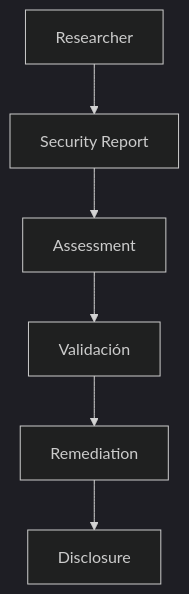
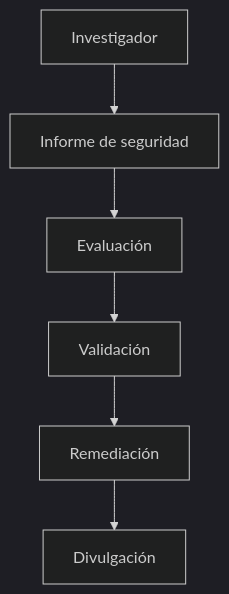
The diagram in es/legal/responsible-disclosure.mdx (enigm-llc/docs), drawn with Mermaid (dark theme) before and after one commit. The commit also changed other lines of this file and 43 other files, not shown here.

````diff
--- a/es/legal/responsible-disclosure.mdx
+++ b/es/legal/responsible-disclosure.mdx
@@ -38,11 +21,15 @@
 ```mermaid
 flowchart TD
-  Researcher["Researcher"]
-  Report["Security Report"]
-  Assessment["Assessment"]
+  Researcher["Investigador"]
+  Report["Informe de seguridad"]
+  Assessment["Evaluación"]
   Validation["Validación"]
-  Remediation["Remediation"]
-  Disclosure["Disclosure"]
+  Remediation["Remediación"]
+  Disclosure["Divulgación"]
 
-  Researcher --> Report --> Assessment --> Validation --> Remediation --> Disclosure
+  Researcher --> Report
+  Report --> Assessment
+  Assessment --> Validation
+  Validation --> Remediation
+  Remediation --> Disclosure
 ```
````
